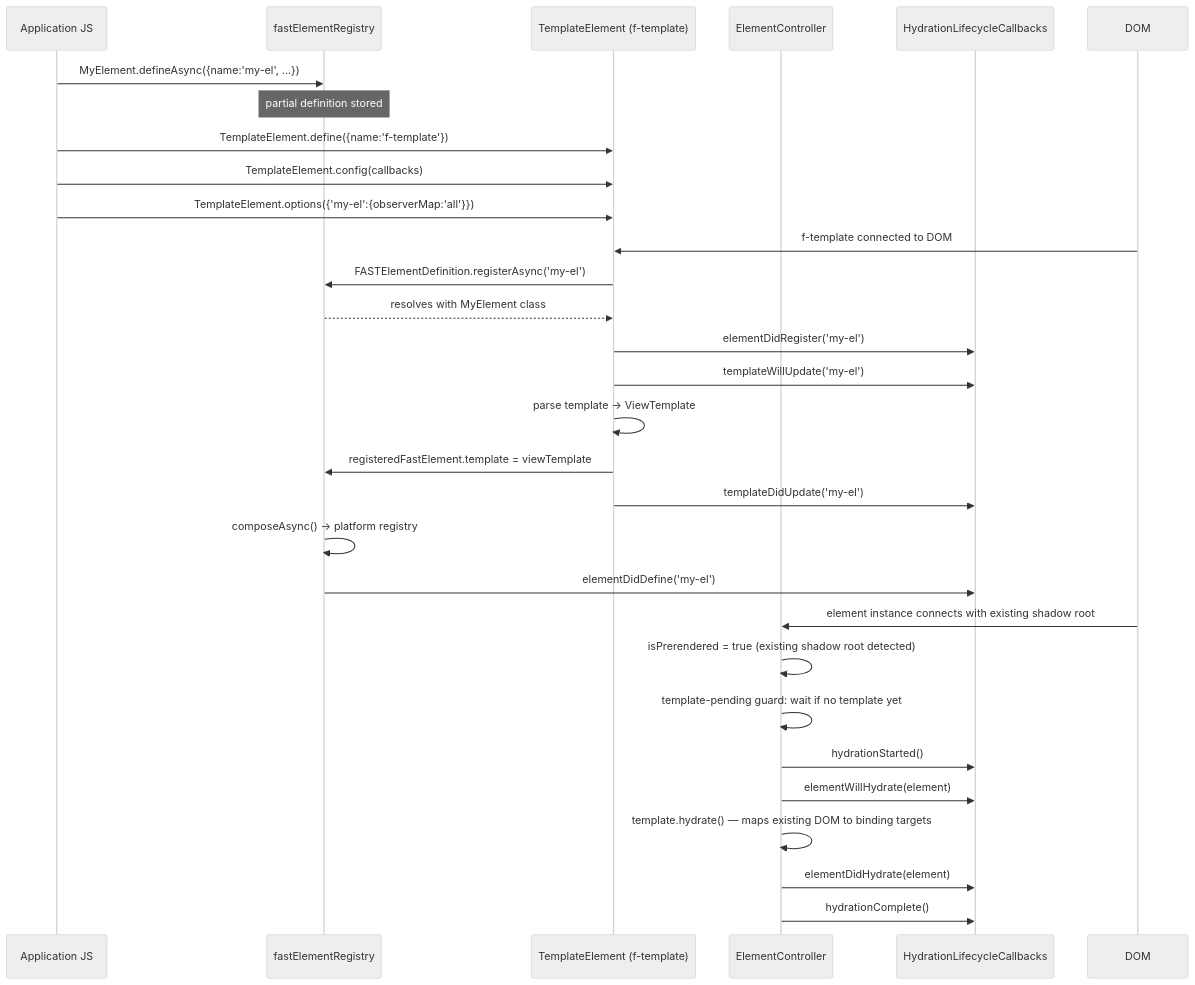
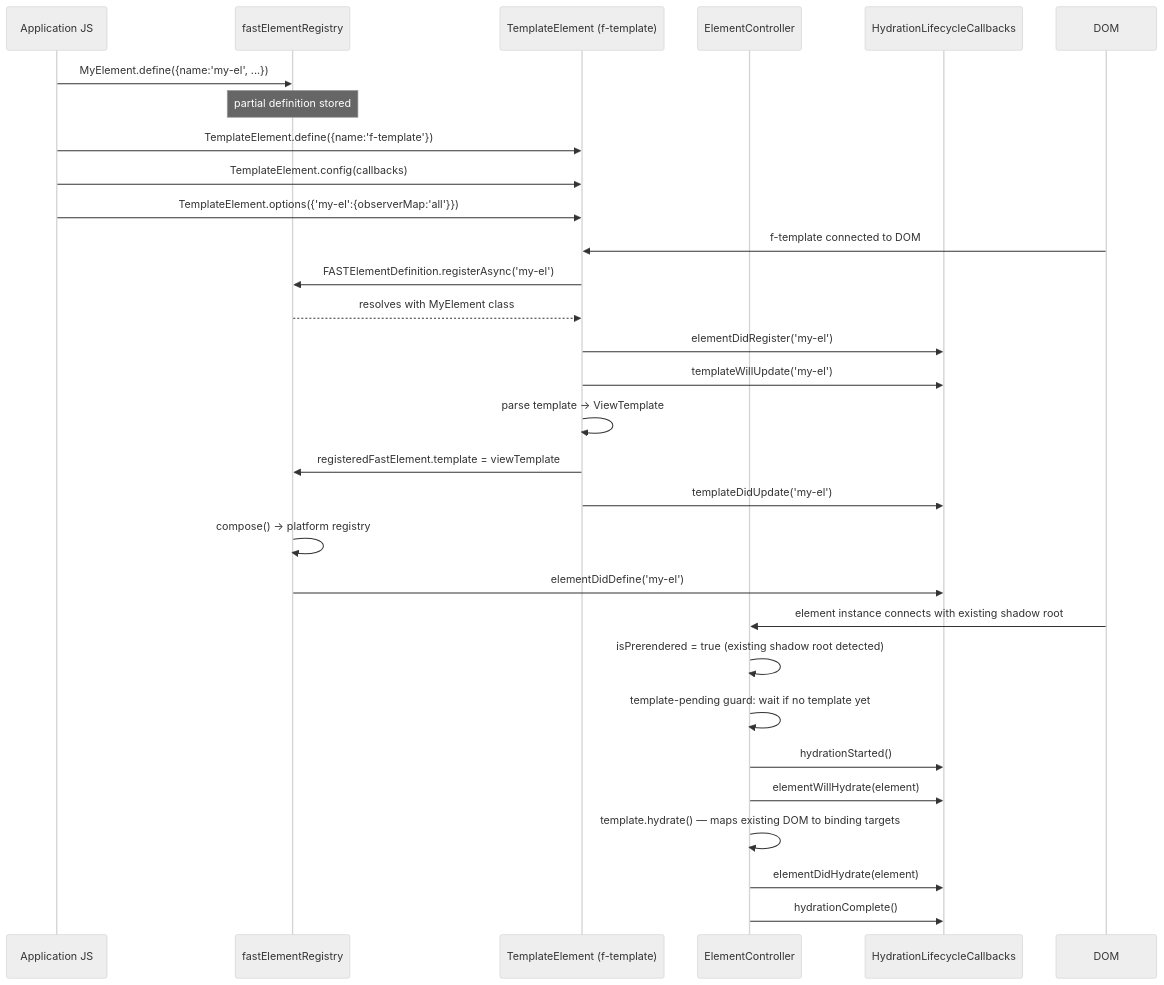
Before and after one commit to microsoft/fast: the fourth of 4 diagrams in packages/fast-html/DESIGN.md, drawn with Mermaid (neutral theme). The commit also changed other lines of this file and 50 other files, not shown here.

First line of the commit message:
feat: replace defineAsync/composeAsync with Promise-returning define/compose

````diff
--- a/packages/fast-html/DESIGN.md
+++ b/packages/fast-html/DESIGN.md
@@ -428,35 +428,35 @@
 ```mermaid
 sequenceDiagram
     participant App as Application JS
     participant FER as fastElementRegistry
     participant TE as TemplateElement (f-template)
     participant EC as ElementController
     participant Callbacks as HydrationLifecycleCallbacks
 
-    App->>FER: MyElement.defineAsync({name:'my-el', ...})
+    App->>FER: MyElement.define({name:'my-el', ...})
     note over FER: partial definition stored
 
     App->>TE: TemplateElement.define({name:'f-template'})
     App->>TE: TemplateElement.config(callbacks)
     App->>TE: TemplateElement.options({'my-el':{observerMap:'all'}})
 
     DOM->>TE: f-template connected to DOM
     TE->>FER: FASTElementDefinition.registerAsync('my-el')
     FER-->>TE: resolves with MyElement class
     TE->>Callbacks: elementDidRegister('my-el')
     TE->>Callbacks: templateWillUpdate('my-el')
     TE->>TE: parse template → ViewTemplate
     TE->>FER: registeredFastElement.template = viewTemplate
     TE->>Callbacks: templateDidUpdate('my-el')
-    FER->>FER: composeAsync() → platform registry
+    FER->>FER: compose() → platform registry
     FER->>Callbacks: elementDidDefine('my-el')
 
     DOM->>EC: element instance connects with existing shadow root
     EC->>EC: isPrerendered = true (existing shadow root detected)
     EC->>EC: template-pending guard: wait if no template yet
     EC->>Callbacks: hydrationStarted()
     EC->>Callbacks: elementWillHydrate(element)
     EC->>EC: template.hydrate() — maps existing DOM to binding targets
     EC->>Callbacks: elementDidHydrate(element)
     EC->>Callbacks: hydrationComplete()
 ```
````
